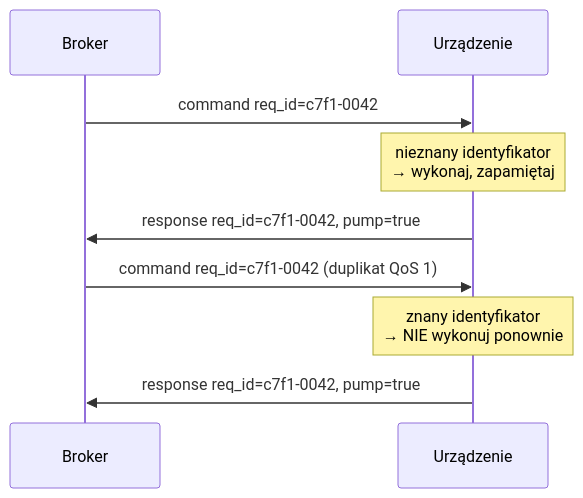
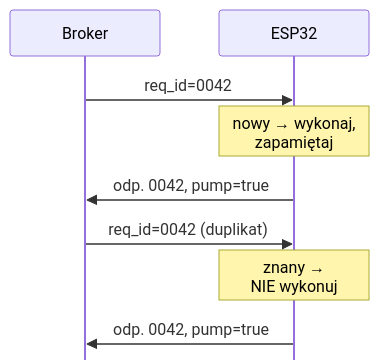
One commit to moondec/iot_lectures changed the fifth of 5 diagrams in slides/04-mqtt-i-kontrakt-danych.qmd. Above: the diagram before and after it, drawn with Mermaid. The commit also changed other lines of this file and 17 other files, not shown here.

First line of the commit message:
Make Mermaid diagrams legible and stop label clipping

````diff
--- a/slides/04-mqtt-i-kontrakt-danych.qmd
+++ b/slides/04-mqtt-i-kontrakt-danych.qmd
@@ -358,14 +387,14 @@
 ```{mermaid}
 %%| fig-width: 6.6
 %%| fig-height: 3.8
-%%{init: {"themeVariables": {"fontSize": "24px"}}}%%
+%%{init: {"sequence": {"mirrorActors": false, "actorMargin": 30, "width": 150, "height": 46, "boxMargin": 6, "noteMargin": 6, "messageMargin": 22, "diagramMarginX": 10, "diagramMarginY": 6}}}%%
 sequenceDiagram
     participant B as Broker
-    participant D as Urządzenie
-    B->>D: command req_id=c7f1-0042
-    Note over D: nieznany identyfikator<br>→ wykonaj, zapamiętaj
-    D->>B: response req_id=c7f1-0042, pump=true
-    B->>D: command req_id=c7f1-0042 (duplikat QoS 1)
-    Note over D: znany identyfikator<br>→ NIE wykonuj ponownie
-    D->>B: response req_id=c7f1-0042, pump=true
+    participant D as ESP32
+    B->>D: req_id=0042
+    Note over D: nowy → wykonaj,<br>zapamiętaj
+    D->>B: odp. 0042, pump=true
+    B->>D: req_id=0042 (duplikat)
+    Note over D: znany →<br>NIE wykonuj
+    D->>B: odp. 0042, pump=true
 ```
````
